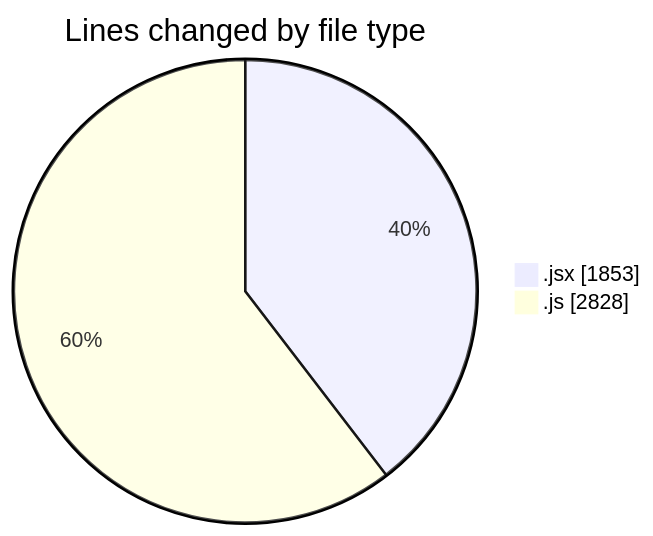
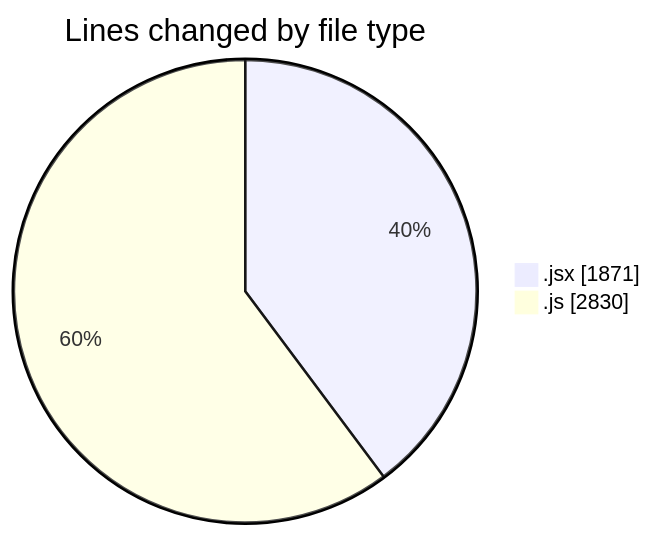
Before and after one commit to nxtqubesakshisongat/code-tracking: the first of 2 diagrams in 2025-11-07/nxtqube_webapp/README.md, drawn with Mermaid. The commit also changed other lines of this file and 1 other file, not shown here.

````diff
--- a/2025-11-07/nxtqube_webapp/README.md
+++ b/2025-11-07/nxtqube_webapp/README.md
@@ -27,6 +27,6 @@
 ```mermaid
 pie showData
 title Lines changed by file type
-".jsx" : 1853
-".js" : 2828
+".jsx" : 1871
+".js" : 2830
 ```
````
